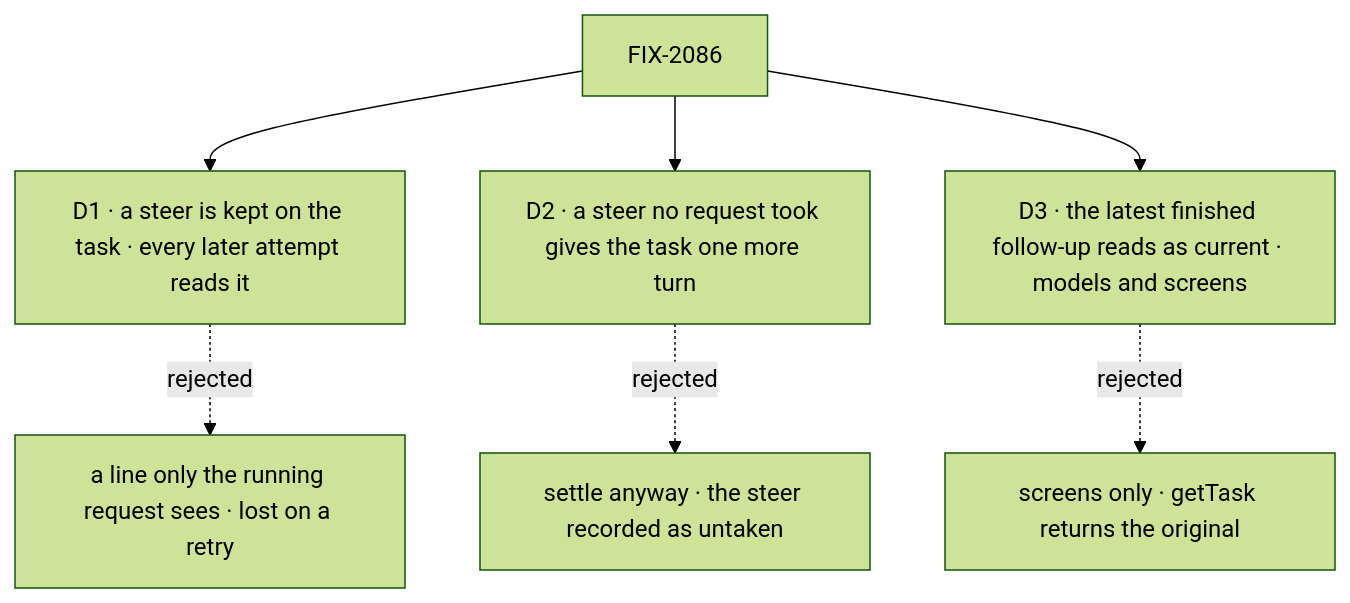
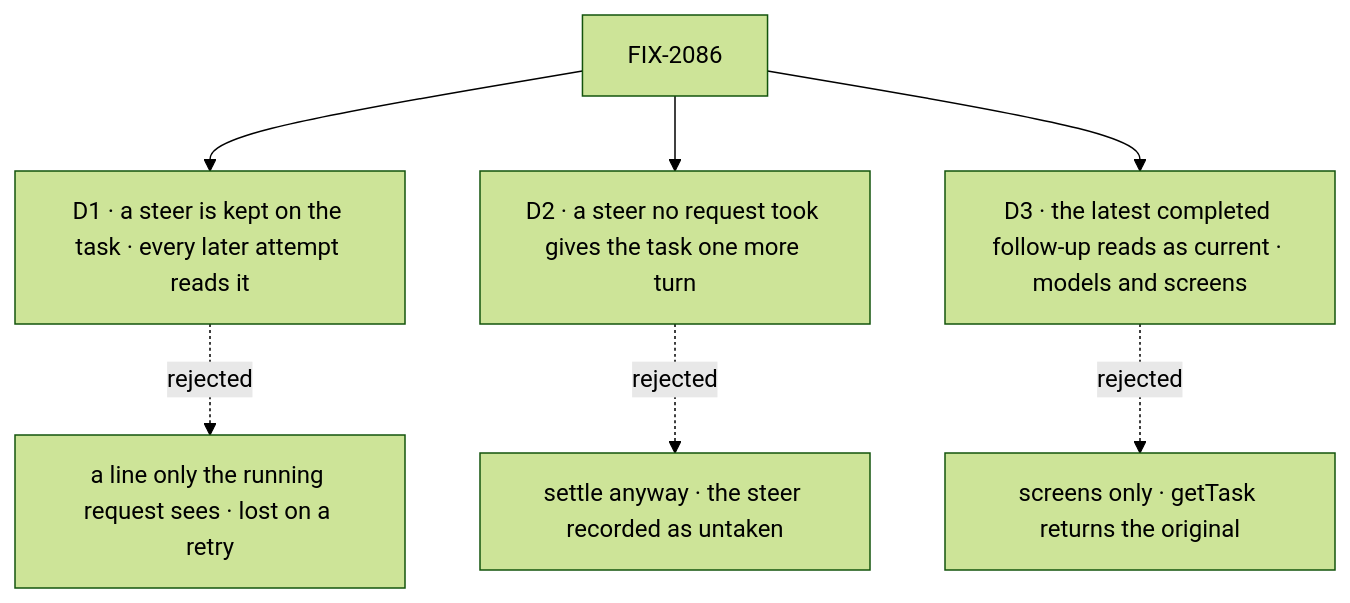
One commit to fixpoint-labs/flow-state-dev changed the diagram in specs/issues/FIX-2086/DECISIONS.md. Above: the diagram before and after it, drawn with Mermaid (forest theme). The commit also changed other lines of this file and 3 other files, not shown here.

````diff
--- a/specs/issues/FIX-2086/DECISIONS.md
+++ b/specs/issues/FIX-2086/DECISIONS.md
@@ -11,9 +11,9 @@
 ```mermaid
 flowchart TD
   I["FIX-2086"] --> D1["D1 · a steer is kept on the task · every later attempt reads it"]
   D1 -.->|"rejected"| X1["a line only the running request sees · lost on a retry"]
   I --> D2["D2 · a steer no request took gives the task one more turn"]
   D2 -.->|"rejected"| X2["settle anyway · the steer recorded as untaken"]
-  I --> D3["D3 · the latest finished follow-up reads as current · models and screens"]
+  I --> D3["D3 · the latest completed follow-up reads as current · models and screens"]
   D3 -.->|"rejected"| X3["screens only · getTask returns the original"]
 ```
````
